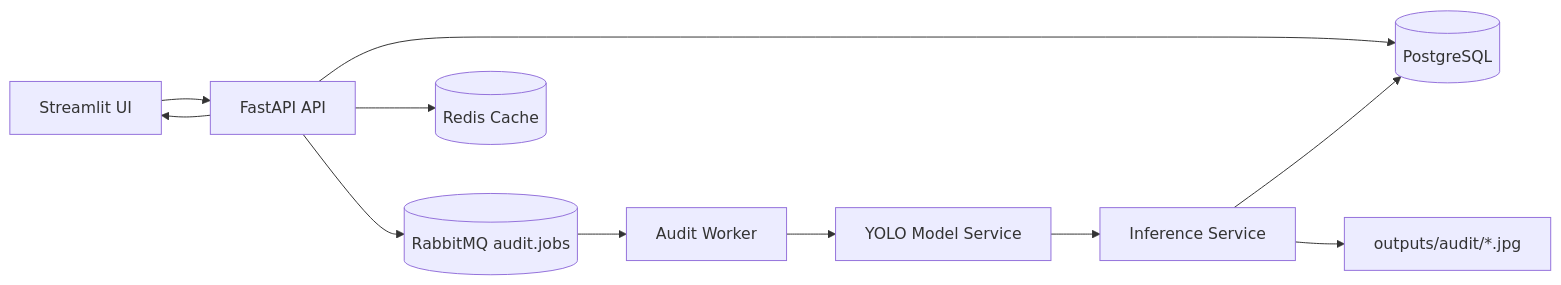
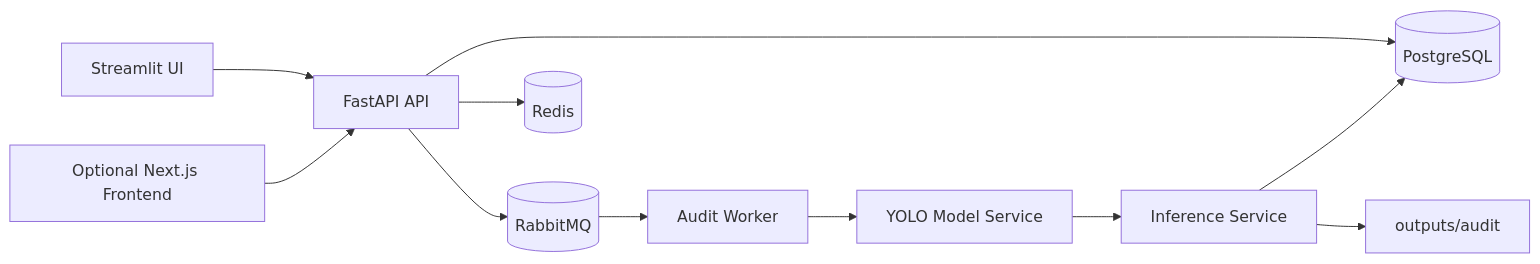
One commit to VijayRajput4455/FMCG-Insight-360 changed the diagram in README.md. Above: the diagram before and after it, drawn with Mermaid. The commit also changed other lines of this file and 4 other files, not shown here.

````diff
--- a/README.md
+++ b/README.md
@@ -232,13 +75,13 @@
 ```mermaid
 flowchart LR
-	UI[Streamlit UI] --> API[FastAPI API]
-	API --> DB[(PostgreSQL)]
-	API --> RMQ[(RabbitMQ audit.jobs)]
-	API --> REDIS[(Redis Cache)]
-	RMQ --> WORKER[Audit Worker]
-	WORKER --> MODEL[YOLO Model Service]
-	MODEL --> INF[Inference Service]
-	INF --> DB
-	INF --> OUT[outputs/audit/*.jpg]
-	API --> UI
+		UI[Streamlit UI] --> API[FastAPI API]
+		WEB[Optional Next.js Frontend] --> API
+		API --> DB[(PostgreSQL)]
+		API --> RMQ[(RabbitMQ)]
+		API --> REDIS[(Redis)]
+		RMQ --> WORKER[Audit Worker]
+		WORKER --> MODEL[YOLO Model Service]
+		MODEL --> INF[Inference Service]
+		INF --> DB
+		INF --> OUT[outputs/audit]
 ```
````
